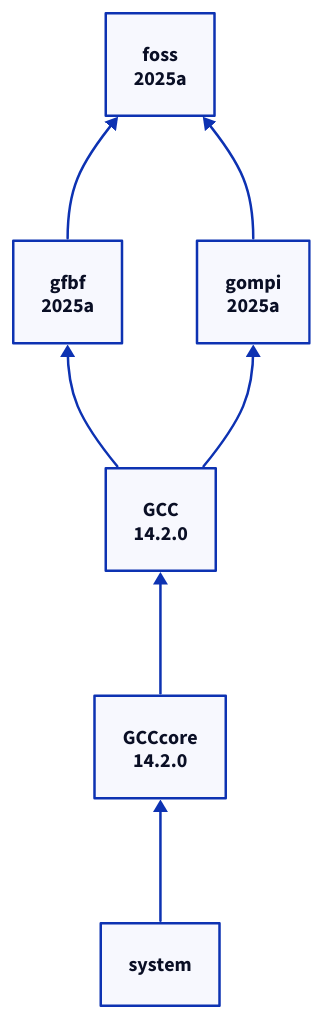
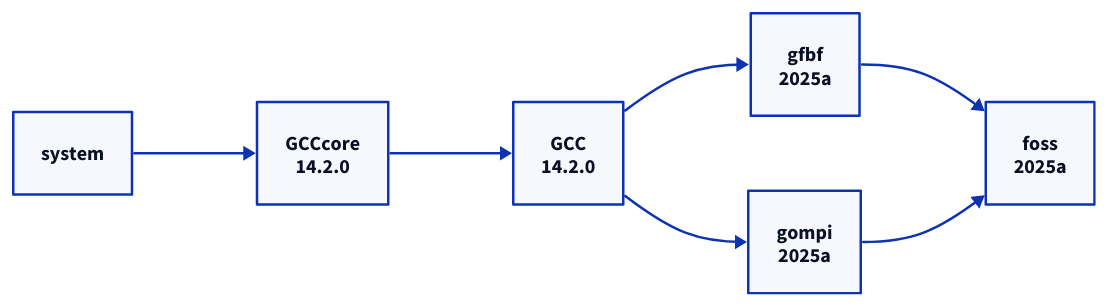
Before and after one commit to HaoZeke/what-easybuild-is-doing: the diagram in source/_static/diagrams/foss-2025a-hierarchy.d2, drawn with D2. The commit also changed 5 other files, not shown here.

```diff
--- a/source/_static/diagrams/foss-2025a-hierarchy.d2
+++ b/source/_static/diagrams/foss-2025a-hierarchy.d2
@@ -1,12 +1,12 @@
-direction: up
+direction: right
 system
 GCCcore: GCCcore\n14.2.0
 GCC: GCC\n14.2.0
 gfbf: gfbf\n2025a
 gompi: gompi\n2025a
 foss: foss\n2025a
 system -> GCCcore -> GCC
 GCC -> gfbf
 GCC -> gompi
 gfbf -> foss
 gompi -> foss
```
